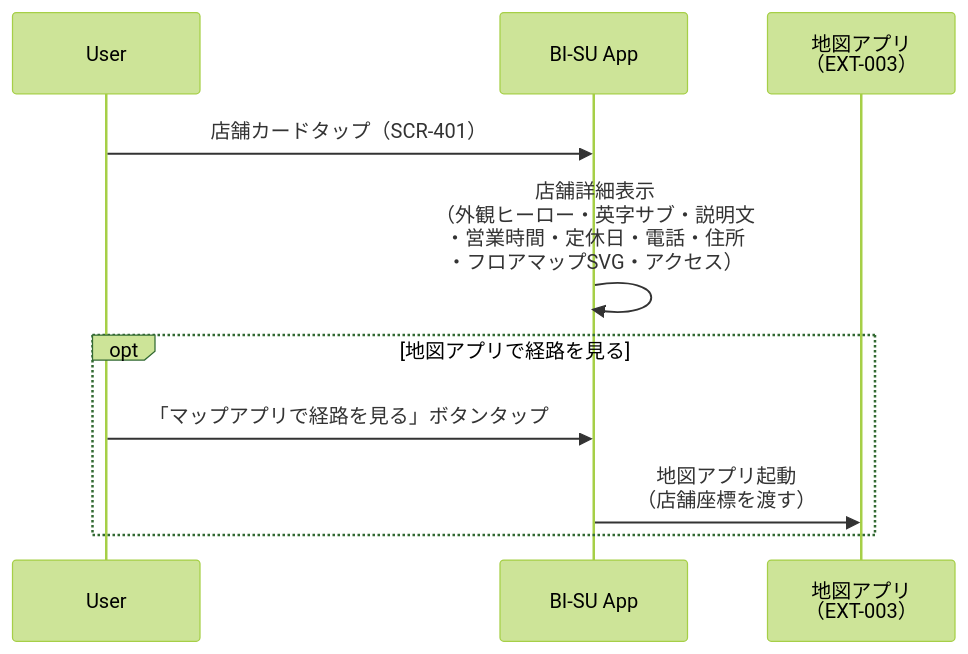
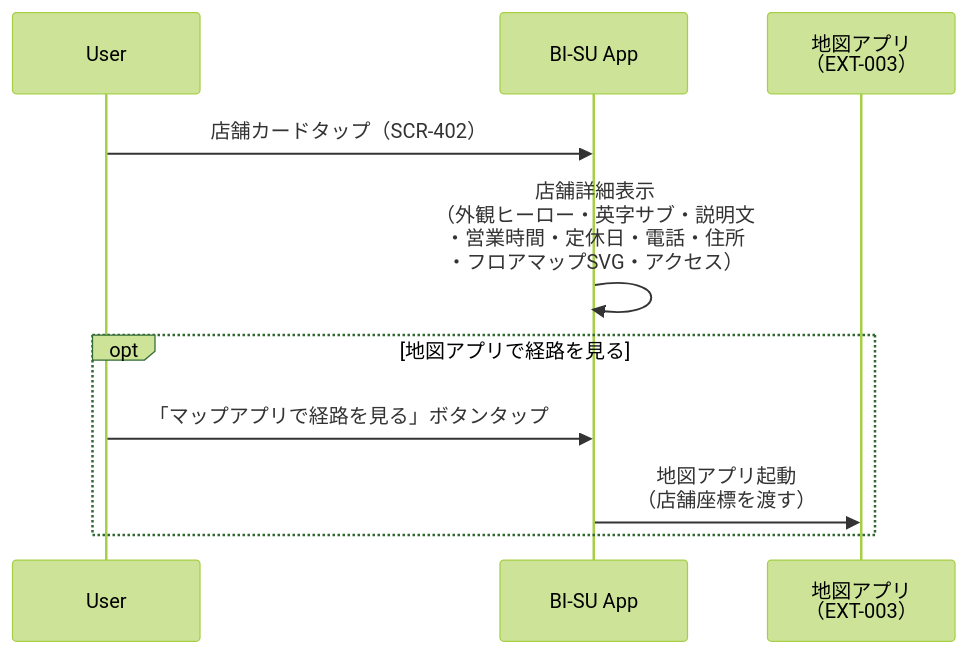
One commit to YukaHasebe/bi-su-app changed the ninth of 24 diagrams in docs/05_シーケンス図.md. Above: the diagram before and after it, drawn with Mermaid (forest theme). The commit also changed other lines of this file and 6 other files, not shown here.

````diff
--- a/docs/05_シーケンス図.md
+++ b/docs/05_シーケンス図.md
@@ -259,14 +259,14 @@
 ```mermaid
 sequenceDiagram
     participant U as User
     participant App as BI-SU App
     participant ExtMap as 地図アプリ<br/>（EXT-003）
 
-    U->>App: 店舗カードタップ（SCR-401）
+    U->>App: 店舗カードタップ（SCR-402）
     App->>App: 店舗詳細表示<br/>（外観ヒーロー・英字サブ・説明文<br/>・営業時間・定休日・電話・住所<br/>・フロアマップSVG・アクセス）
 
     opt 地図アプリで経路を見る
         U->>App: 「マップアプリで経路を見る」ボタンタップ
         App->>ExtMap: 地図アプリ起動<br/>（店舗座標を渡す）
     end
 ```
````
